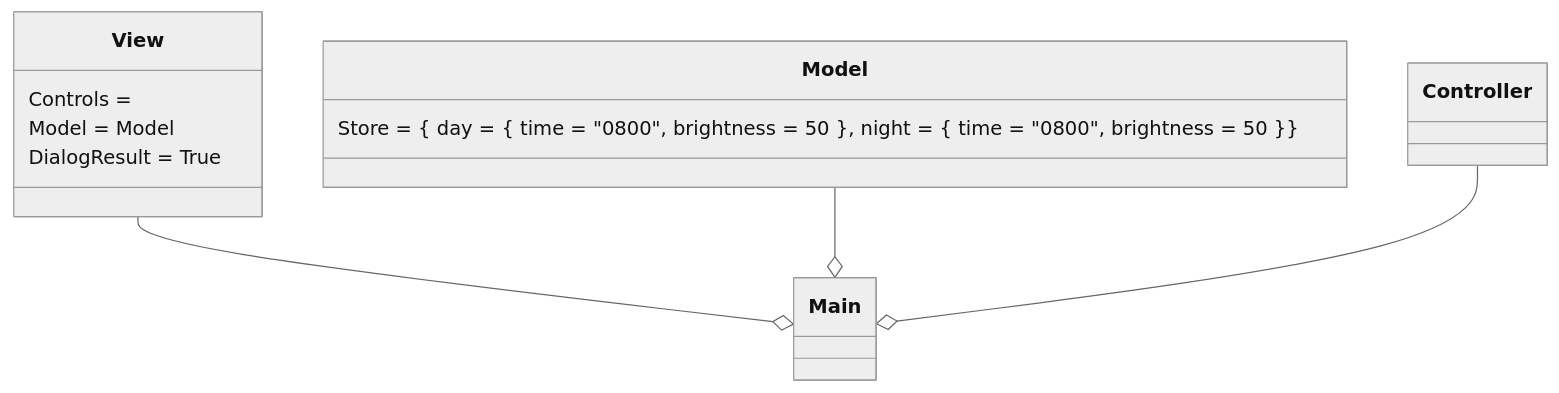
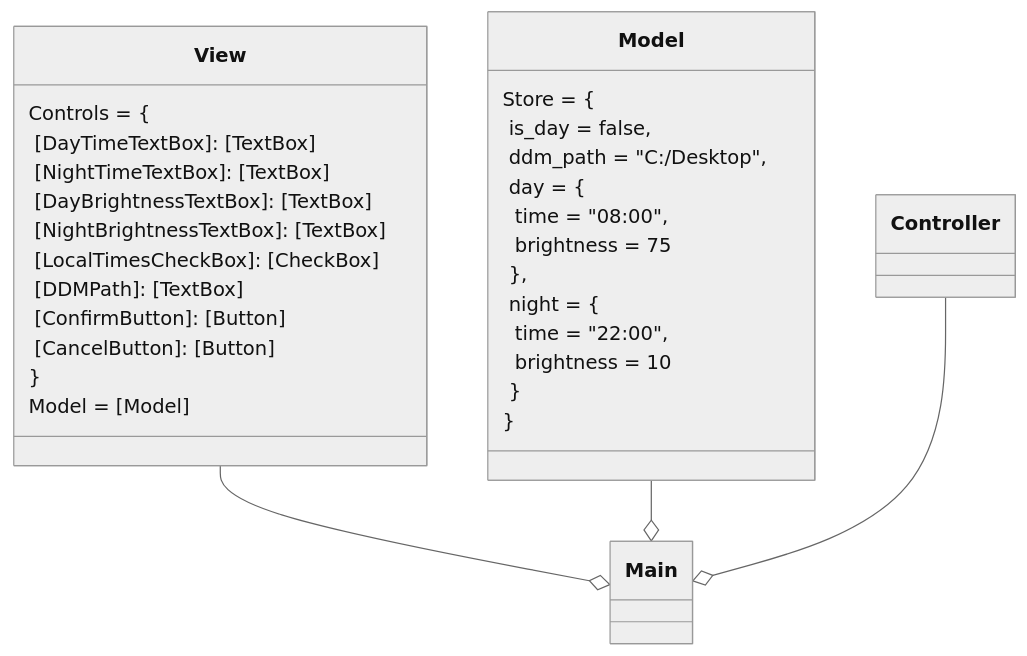
One commit to chris234567/Dell-Night-Light changed the second of 5 diagrams in README.md. Above: the diagram before and after it, drawn with Mermaid (neutral theme). The commit also changed other lines of this file and 9 other files, not shown here.

````diff
--- a/README.md
+++ b/README.md
@@ -104,18 +116,37 @@
 ```mermaid
     classDiagram
         class View
-        View : Controls = 
-        View : Model = Model
-        View : DialogResult = True
+        View : Controls = {
+        View : #160;[DayTimeTextBox]#58; [TextBox]
+        View : #160;[NightTimeTextBox]#58; [TextBox]
+        View : #160;[DayBrightnessTextBox]#58; [TextBox]
+        View : #160;[NightBrightnessTextBox]#58; [TextBox]
+        View : #160;[LocalTimesCheckBox]#58; [CheckBox]
+        View : #160;[DDMPath]#58; [TextBox]
+        View : #160;[ConfirmButton]#58; [Button]
+        View : #160;[CancelButton]#58; [Button]
+        View : }
+        View : Model = [Model]
 
         class Model
-        Model : Store = { day = { time = "0800", brightness = 50 }, night = { time = "0800", brightness = 50 }}
+        Model : Store = { 
+        Model : #160;is_day = false, 
+        Model : #160;ddm_path = "C#58;/Desktop", 
+        Model : #160;day = { 
+        Model : #160;#160;time = "08#58;00", 
+        Model : #160;#160;brightness = 75
+        Model : #160;}, 
+        Model : #160;night = {  
+        Model : #160;#160;time = "22#58;00", 
+        Model : #160;#160;brightness = 10 
+        Model : #160;}  
+        Model : }  
 
         class Controller
 
         class Main
 
         View --o Main
         Model --o Main
         Controller --o Main
 ```
````
